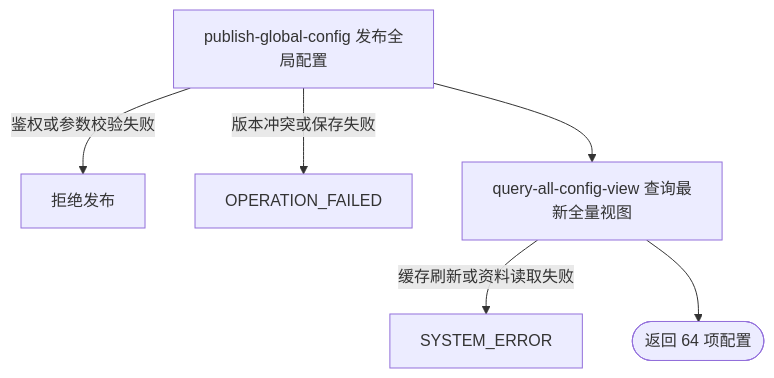
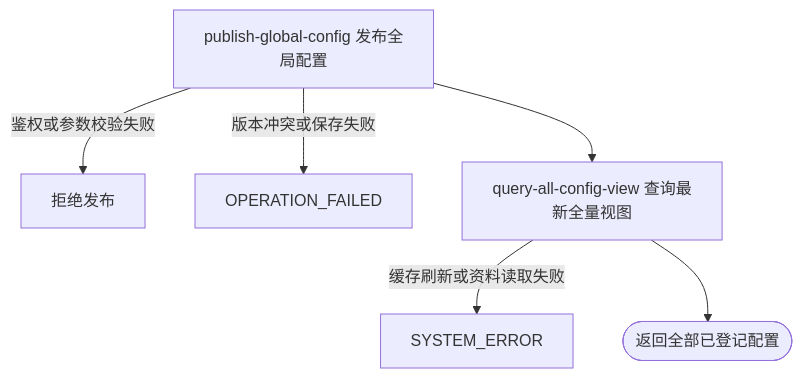
The diagram in blueprint/spec/platform-config/global-config-update/update-global-config.md (chxt100016/Rally), drawn with Mermaid before and after one commit. The commit also changed other lines of this file and 53 other files, not shown here.

````diff
--- a/blueprint/spec/platform-config/global-config-update/update-global-config.md
+++ b/blueprint/spec/platform-config/global-config-update/update-global-config.md
@@ -34,8 +34,8 @@
 ```mermaid
 flowchart TD
     A[publish-global-config 发布全局配置] -->|鉴权或参数校验失败| E1[拒绝发布]
     A -->|版本冲突或保存失败| E2[OPERATION_FAILED]
     A --> B[query-all-config-view 查询最新全量视图]
     B -->|缓存刷新或资料读取失败| E3[SYSTEM_ERROR]
-    B --> S([返回 64 项配置])
+    B --> S([返回全部已登记配置])
 ```
````
